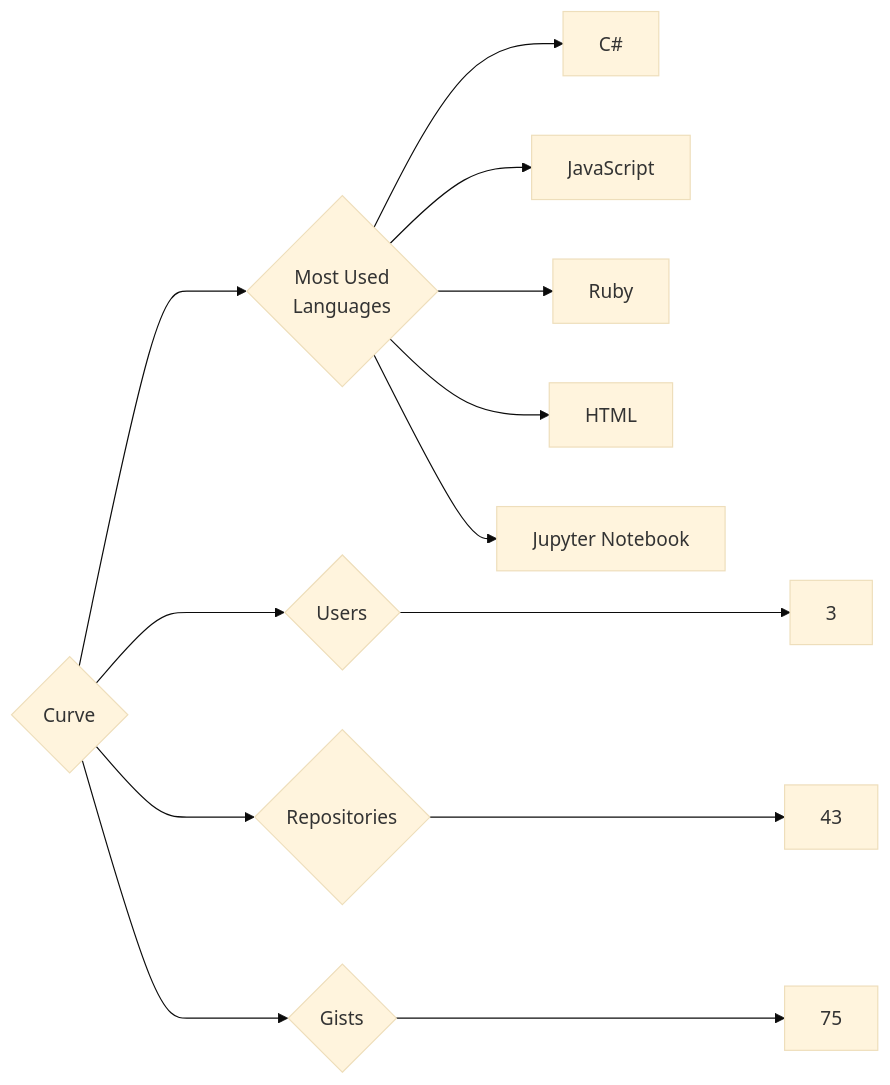
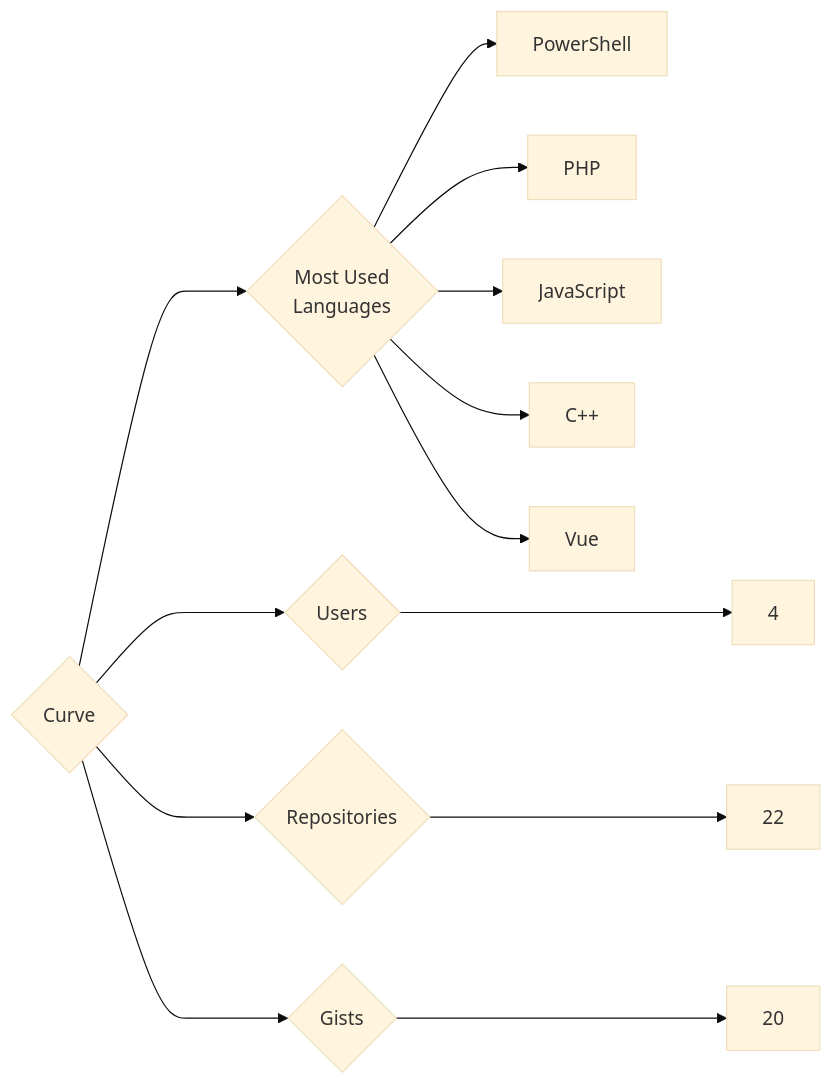
Before and after one commit to trickest/insiders: the diagram in targets/Curve/README.md, drawn with Mermaid (base theme). The commit also changed 1030 other files, not shown here.

````diff
--- a/targets/Curve/README.md
+++ b/targets/Curve/README.md
@@ -3,13 +3,13 @@
 ```mermaid
 graph LR
 COMPANY_NAME{Curve}
-COMPANY_NAME ---> U{Users} ---> UN[3]
-COMPANY_NAME ---> R{Repositories} ---> RN[43]
-COMPANY_NAME ---> G{Gists} ---> GN[75]
+COMPANY_NAME ---> U{Users} ---> UN[4]
+COMPANY_NAME ---> R{Repositories} ---> RN[22]
+COMPANY_NAME ---> G{Gists} ---> GN[20]
 COMPANY_NAME ---> ML{Most Used<br>Languages}
-ML --> C#[C#]
+ML --> PowerShell[PowerShell]
+ML --> PHP[PHP]
 ML --> JavaScript[JavaScript]
-ML --> Ruby[Ruby]
-ML --> HTML[HTML]
-ML --> Jupyter_Notebook[Jupyter Notebook]
+ML --> C++[C++]
+ML --> Vue[Vue]
 ```
````
